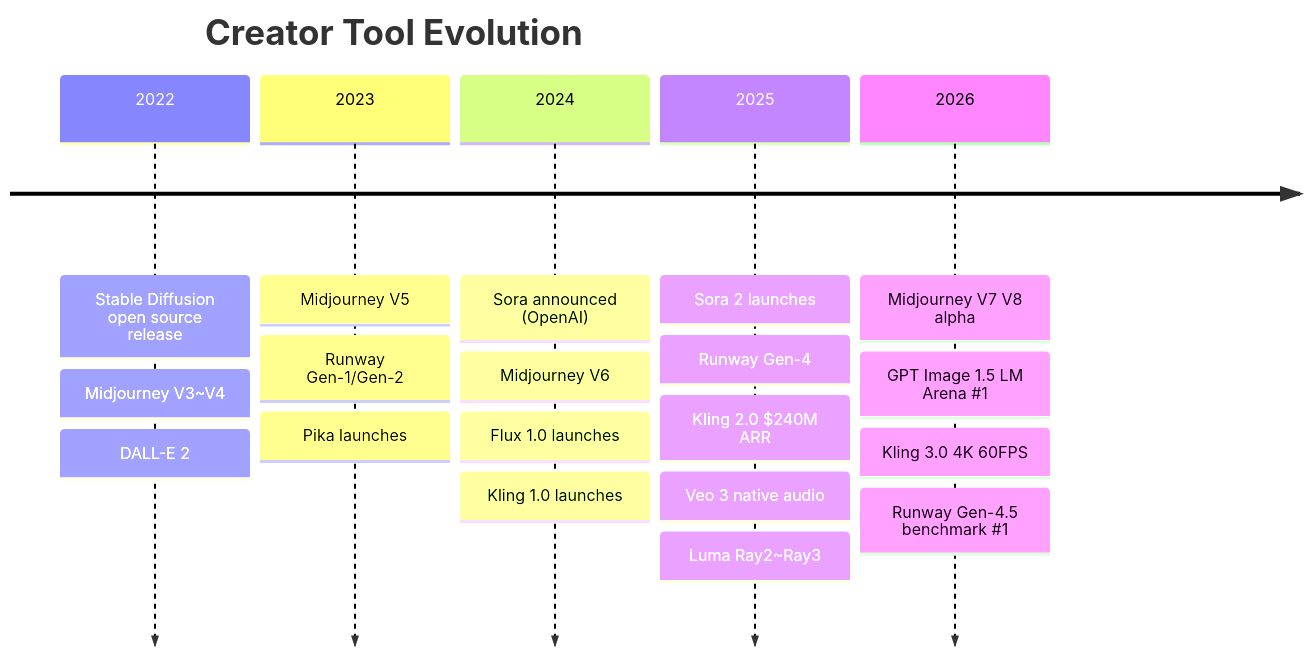
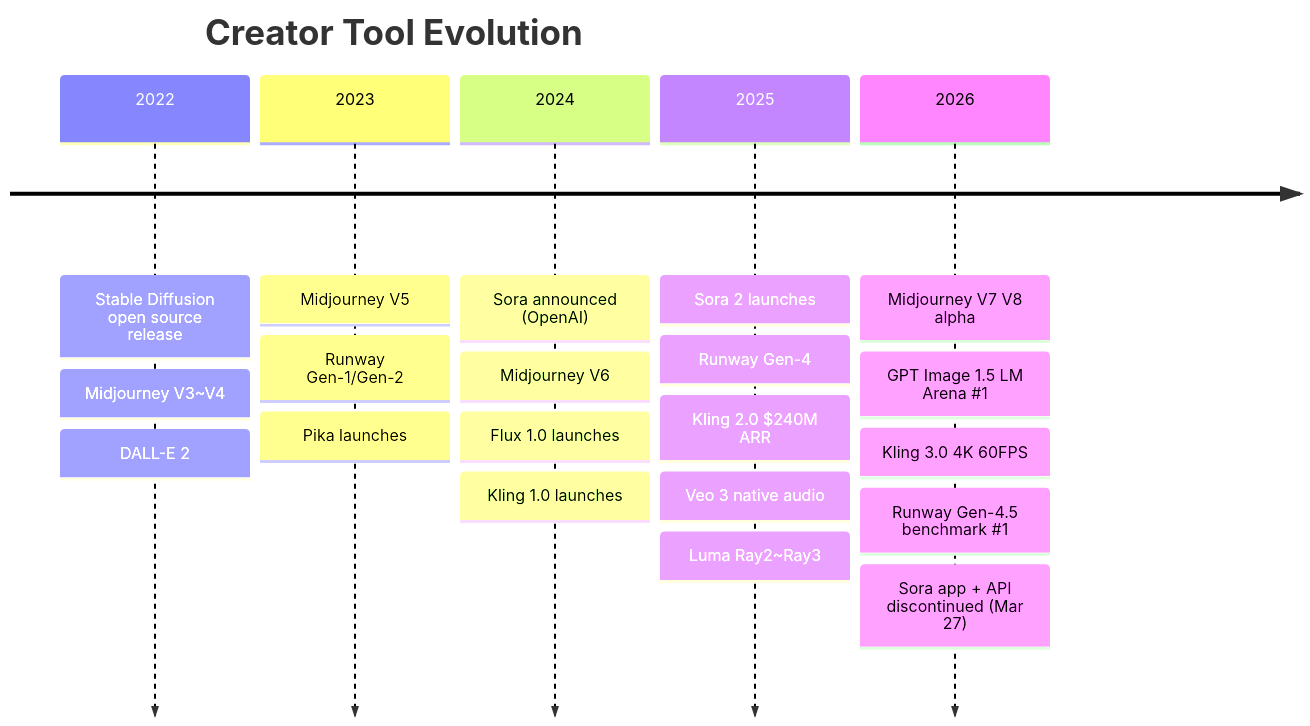
One commit to Lazere4385/ai-whatchelin changed the eighth of 11 diagrams in README.md. Above: the diagram before and after it, drawn with Mermaid. The commit also changed other lines of this file and 1 other file, not shown here.

````diff
--- a/README.md
+++ b/README.md
@@ -547,23 +547,24 @@
 ```mermaid
 timeline
     title Creator Tool Evolution
     2022 : Stable Diffusion open source release
          : Midjourney V3~V4
          : DALL-E 2
     2023 : Midjourney V5
          : Runway Gen-1/Gen-2
          : Pika launches
     2024 : Sora announced (OpenAI)
          : Midjourney V6
          : Flux 1.0 launches
          : Kling 1.0 launches
     2025 : Sora 2 launches
          : Runway Gen-4
          : Kling 2.0 $240M ARR
          : Veo 3 native audio
          : Luma Ray2~Ray3
     2026 : Midjourney V7 V8 alpha
          : GPT Image 1.5 LM Arena #1
          : Kling 3.0 4K 60FPS
          : Runway Gen-4.5 benchmark #1
+         : Sora app + API discontinued (Mar 27)
 ```
````
